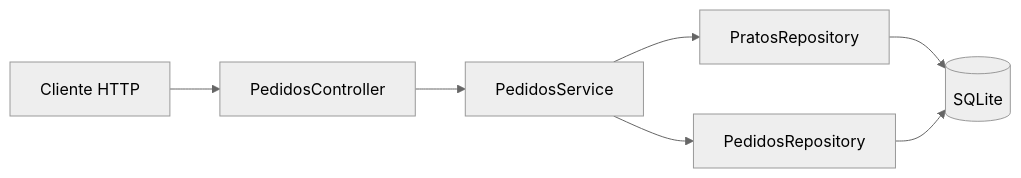
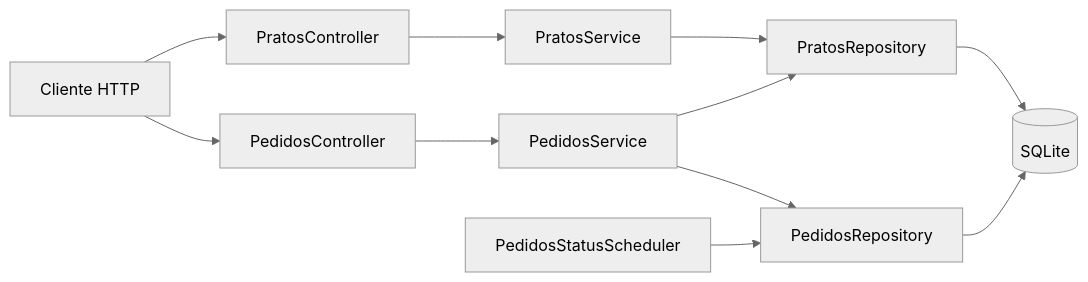
One commit to so-fmcs/appetit changed the diagram in backend/README.md. Above: the diagram before and after it, drawn with Mermaid (neutral theme). The commit also changed other lines of this file and 2 other files, not shown here.

````diff
--- a/backend/README.md
+++ b/backend/README.md
@@ -20,9 +22,13 @@
 ```mermaid
 flowchart LR
-    A[Cliente HTTP] --> B[PedidosController]
-    B --> C[PedidosService]
-    C --> D[PratosRepository]
-    C --> E[PedidosRepository]
-    D --> F[(SQLite)]
+    A[Cliente HTTP] --> B[PratosController]
+    A --> C[PedidosController]
+    B --> D[PratosService]
+    C --> E[PedidosService]
+    D --> F[PratosRepository]
     E --> F
+    E --> G[PedidosRepository]
+    S[PedidosStatusScheduler] --> G
+    F --> H[(SQLite)]
+    G --> H
 ```
````
